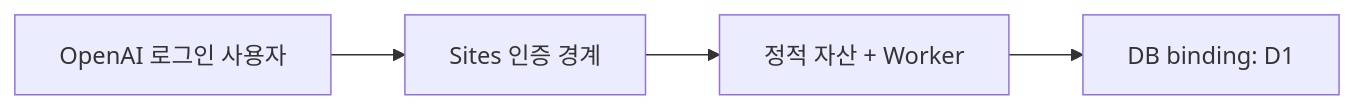
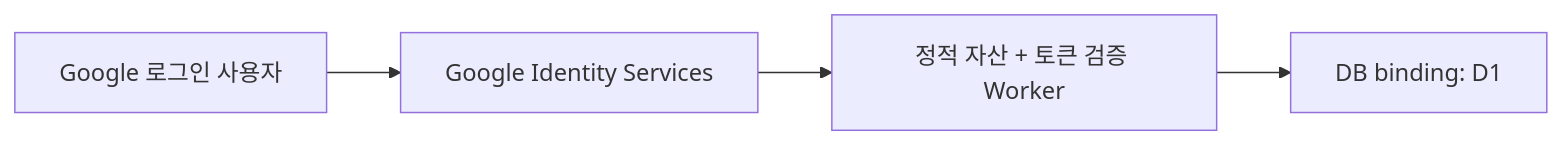
The diagram in docs/operations/deployment.md (edder773/careerground), drawn with Mermaid before and after one commit. The commit also changed other lines of this file and 44 other files, not shown here.

Commit message:
feat(auth): replace OpenAI login with Google sessions

````diff
--- a/docs/operations/deployment.md
+++ b/docs/operations/deployment.md
@@ -7,6 +7,6 @@
 ```mermaid
 flowchart LR
-  User["OpenAI 로그인 사용자"] --> Sites["Sites 인증 경계"]
-  Sites --> Worker["정적 자산 + Worker"]
+  User["Google 로그인 사용자"] --> Google["Google Identity Services"]
+  Google --> Worker["정적 자산 + 토큰 검증 Worker"]
   Worker --> D1["DB binding: D1"]
 ```
````
